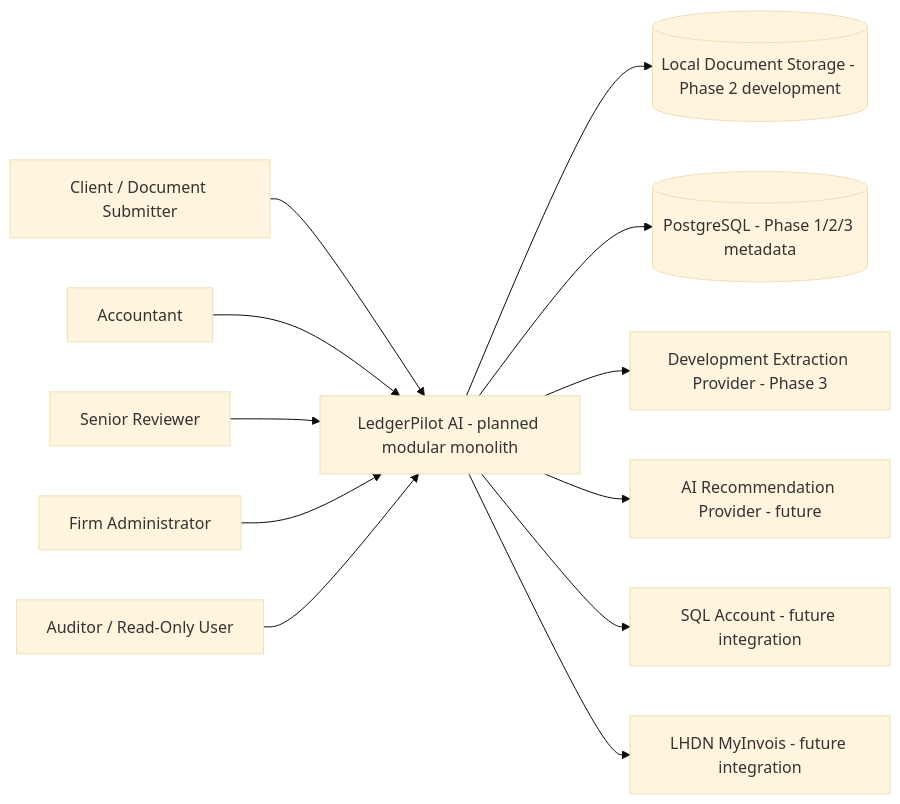
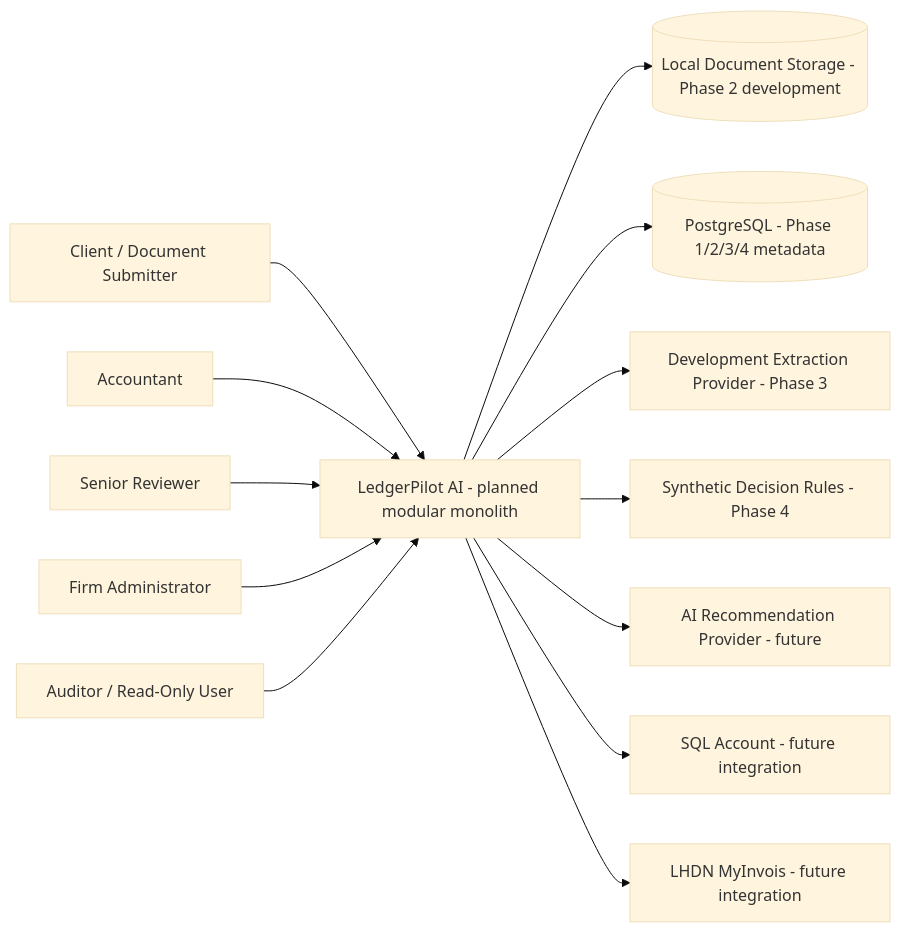
Before and after one commit to Linardi1328/ledgerpilot-ai: the first of 2 diagrams in docs/ARCHITECTURE.md, drawn with Mermaid (base theme). The commit also changed other lines of this file and 42 other files, not shown here.

Commit message:
Implement Phase 4 accounting decision engine

````diff
--- a/docs/ARCHITECTURE.md
+++ b/docs/ARCHITECTURE.md
@@ -94,14 +102,15 @@
 ```mermaid
 flowchart LR
     Client[Client / Document Submitter] --> LP[LedgerPilot AI - planned modular monolith]
     Accountant[Accountant] --> LP
     Senior[Senior Reviewer] --> LP
     Admin[Firm Administrator] --> LP
     Auditor[Auditor / Read-Only User] --> LP
     LP --> Store[(Local Document Storage - Phase 2 development)]
-    LP --> DB[(PostgreSQL - Phase 1/2/3 metadata)]
+    LP --> DB[(PostgreSQL - Phase 1/2/3/4 metadata)]
     LP --> OCR[Development Extraction Provider - Phase 3]
+    LP --> Rules[Synthetic Decision Rules - Phase 4]
     LP --> AI[AI Recommendation Provider - future]
     LP --> SQL[SQL Account - future integration]
     LP --> MY[LHDN MyInvois - future integration]
 ```
````
